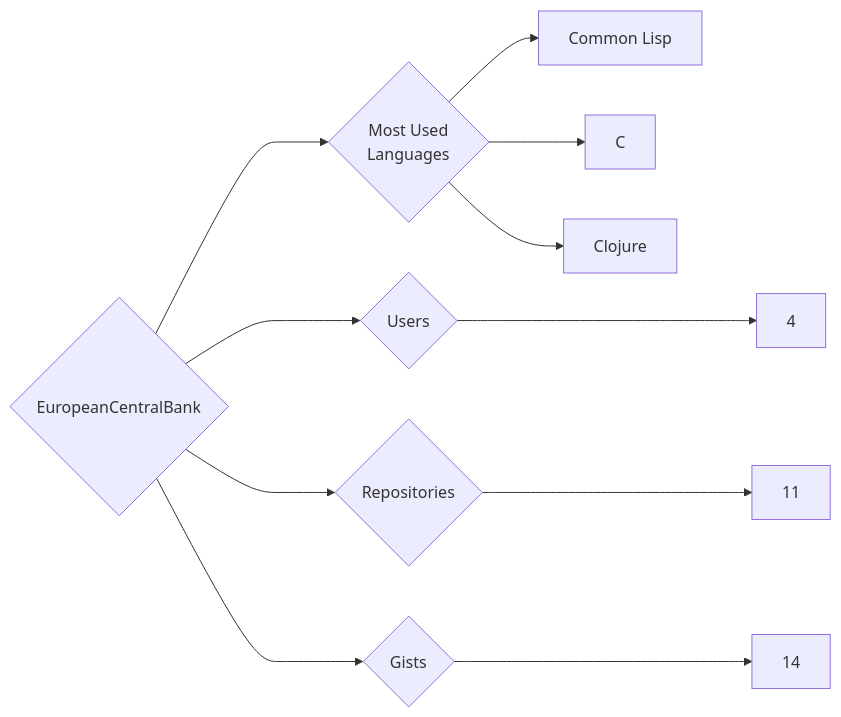
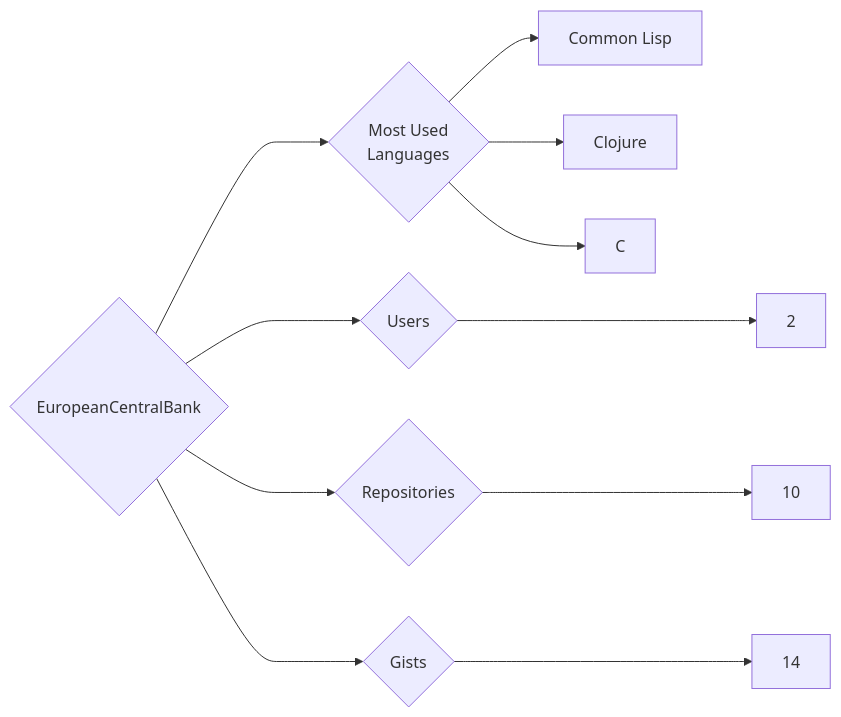
Before and after one commit to trickest/insiders: the diagram in targets/EuropeanCentralBank/README.md, drawn with Mermaid. The commit also changed 942 other files, not shown here.

````diff
--- a/targets/EuropeanCentralBank/README.md
+++ b/targets/EuropeanCentralBank/README.md
@@ -3,11 +3,11 @@
 ```mermaid
 graph LR
 COMPANY_NAME{EuropeanCentralBank}
-COMPANY_NAME ---> U{Users} ---> UN[4]
-COMPANY_NAME ---> R{Repositories} ---> RN[11]
+COMPANY_NAME ---> U{Users} ---> UN[2]
+COMPANY_NAME ---> R{Repositories} ---> RN[10]
 COMPANY_NAME ---> G{Gists} ---> GN[14]
 COMPANY_NAME ---> ML{Most Used<br>Languages}
 ML --> Common_Lisp[Common Lisp]
+ML --> Clojure[Clojure]
 ML --> C[C]
-ML --> Clojure[Clojure]
 ```
````
